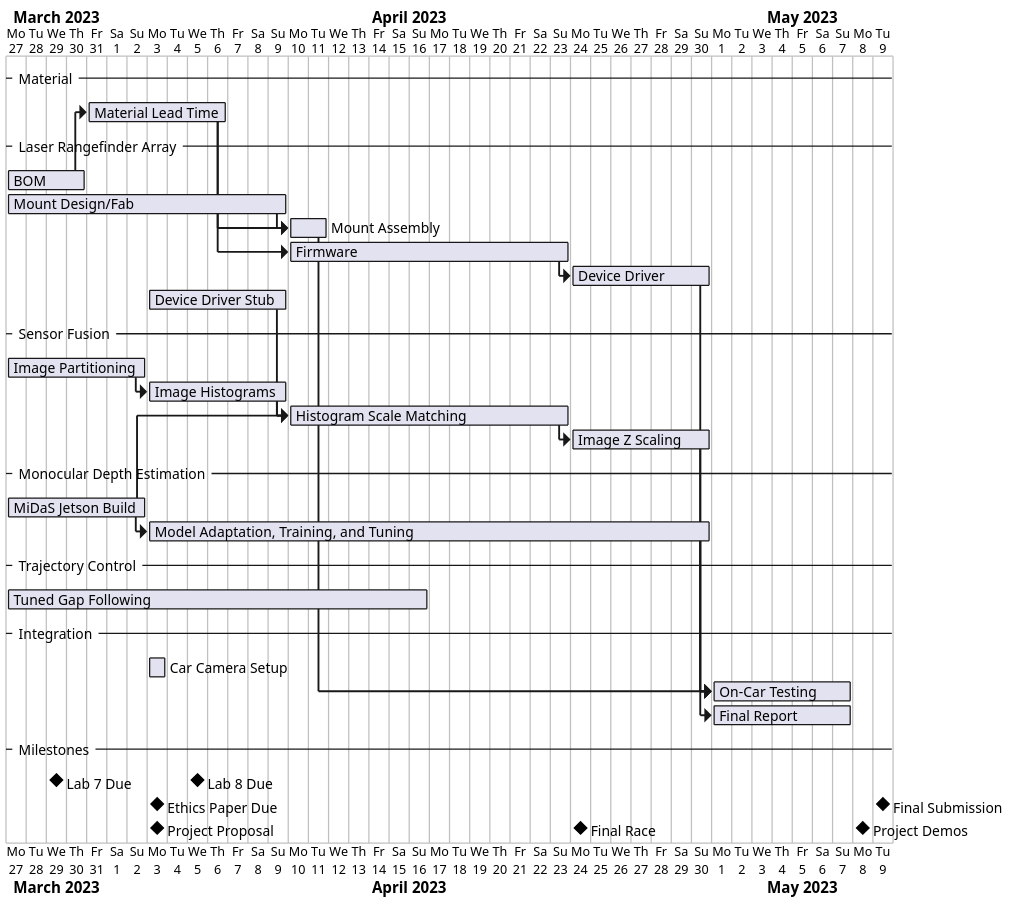
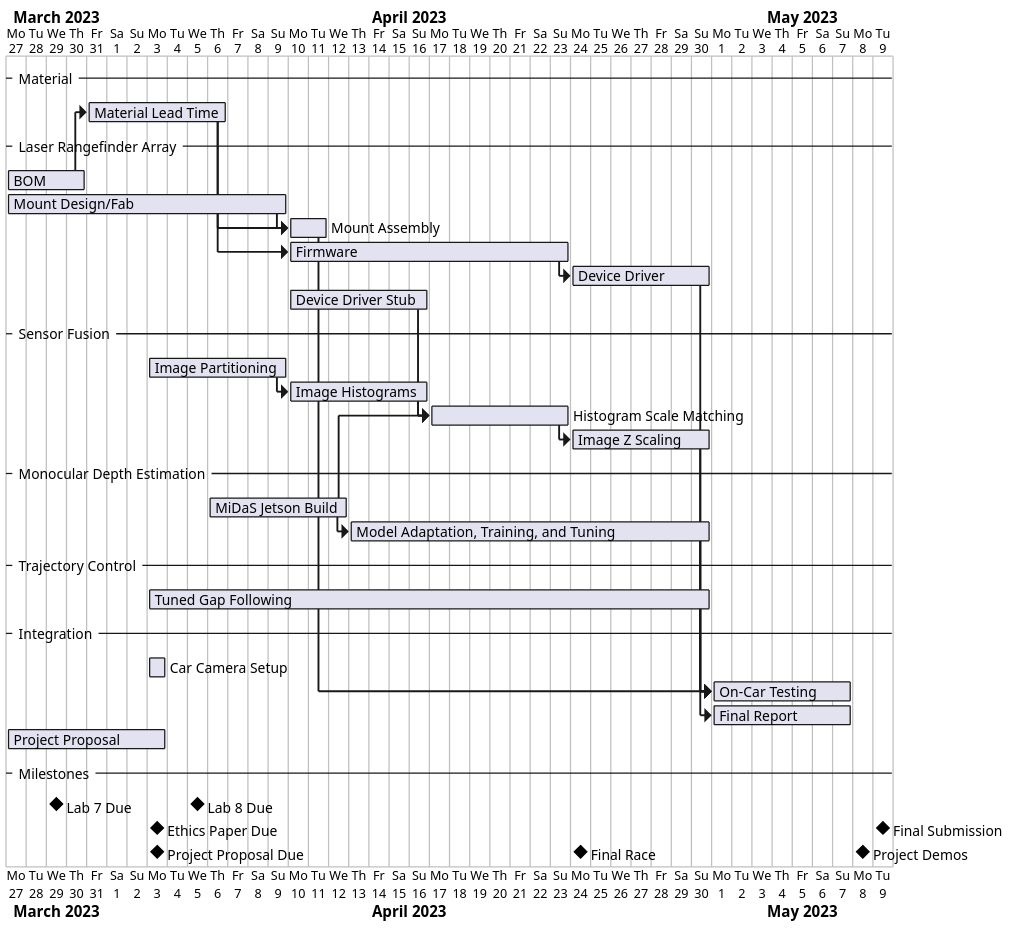
One commit to F1Tenth-Projects/rangefinder-calibrated-monocular-depth-estimation changed the diagram in docs/schedule.puml. Above: the diagram before and after it, drawn with PlantUML.

Commit message:
proposal: update schedule to match current timeline
Move unstarted tasks to the right by approximately one week to match
current progress and workload.

```diff
--- a/docs/schedule.puml
+++ b/docs/schedule.puml
@@ -1,66 +1,68 @@
 @startgantt
 project starts 2023-03-27
 projectscale daily
 scale 2.0
 
 -- Material --
 [Material Lead Time] lasts 1 week and starts 2023-03-29
 
 -- Laser Rangefinder Array --
 [BOM] lasts 4 days
 [Mount Design/Fab] lasts 2 week
 [Mount Assembly] lasts 2 days
 [Material Lead Time] -> [Mount Assembly]
 [Mount Design/Fab] -> [Mount Assembly]
 
 [Firmware] lasts 2 weeks and starts 2023-04-10
 [Device Driver] lasts 1 week
-[Device Driver Stub] lasts 1 week and ends 2023-04-09
+[Device Driver Stub] lasts 1 week and ends 2023-04-16
 
 [BOM] -> [Material Lead Time]
 [Material Lead Time] -> [Firmware]
 [Firmware]->[Device Driver]
 
 -- Sensor Fusion --
-[Image Partitioning] lasts 1 week
+[Image Partitioning] lasts 1 week and starts 2023-04-03
 then [Image Histograms] lasts 1 week
-then [Histogram Scale Matching] lasts 2 week
+then [Histogram Scale Matching] lasts 1 week
 then [Image Z Scaling] lasts 1 week
 
 [Device Driver Stub] -> [Histogram Scale Matching]
 
 -- Monocular Depth Estimation --
-[MiDaS Jetson Build] lasts 1 week
-then [Model Adaptation, Training, and Tuning] lasts 4 weeks
+[MiDaS Jetson Build] lasts 1 week and starts 2023-04-06
+then [Model Adaptation, Training, and Tuning] lasts 18 days
 
 [MiDaS Jetson Build] -> [Histogram Scale Matching]
 
 -- Trajectory Control --
-[Tuned Gap Following] lasts 3 weeks
+[Tuned Gap Following] lasts 4 weeks and starts 2023-04-03
 
 -- Integration --
 [Car Camera Setup] lasts 1 day and starts 2023-04-03
 [On-Car Testing] lasts 1 week
 
 [Model Adaptation, Training, and Tuning] -> [On-Car Testing]
 [Device Driver] -> [On-Car Testing]
 [Mount Assembly] -> [On-Car Testing]
 [Image Z Scaling] -> [On-Car Testing]
+[Tuned Gap Following] -> [On-Car Testing]
 
 [Final Report] lasts 1 week and starts at [On-Car Testing]'s start
+[Project Proposal] starts 2023-03-27 and ends 2023-04-03
 
 -- Milestones --
 [Lab 7 Due] happens 2023-03-29
 [Ethics Paper Due] happens 2023-04-03
 [Lab 8 Due] happens 2023-04-05
 [Lab 8 Due] displays on same row as [Lab 7 Due]
 
-[Project Proposal] happens 2023-04-03
+[Project Proposal Due] happens 2023-04-03
 [Final Race] happens 2023-04-24
 [Final Submission] happens 2023-05-09
 [Project Demos] happens 2023-05-08
-[Final Race] displays on same row as [Project Proposal]
-[Project Demos] displays on same row as [Project Proposal]
+[Final Race] displays on same row as [Project Proposal Due]
+[Project Demos] displays on same row as [Project Proposal Due]
 
 [Final Submission] displays on same row as [Ethics Paper Due]
 @endgantt
```
